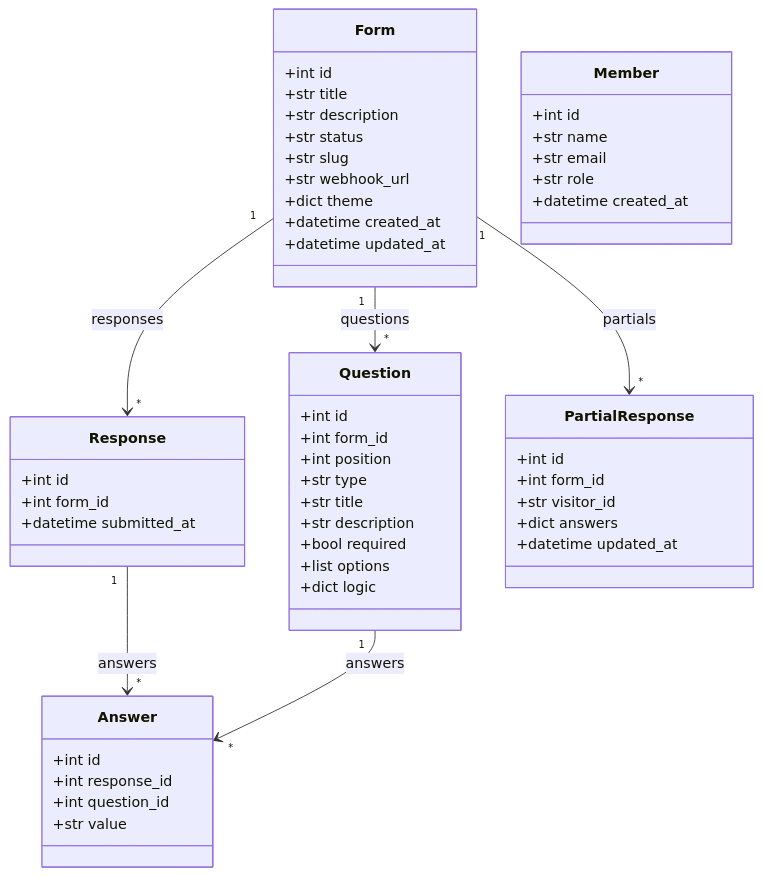
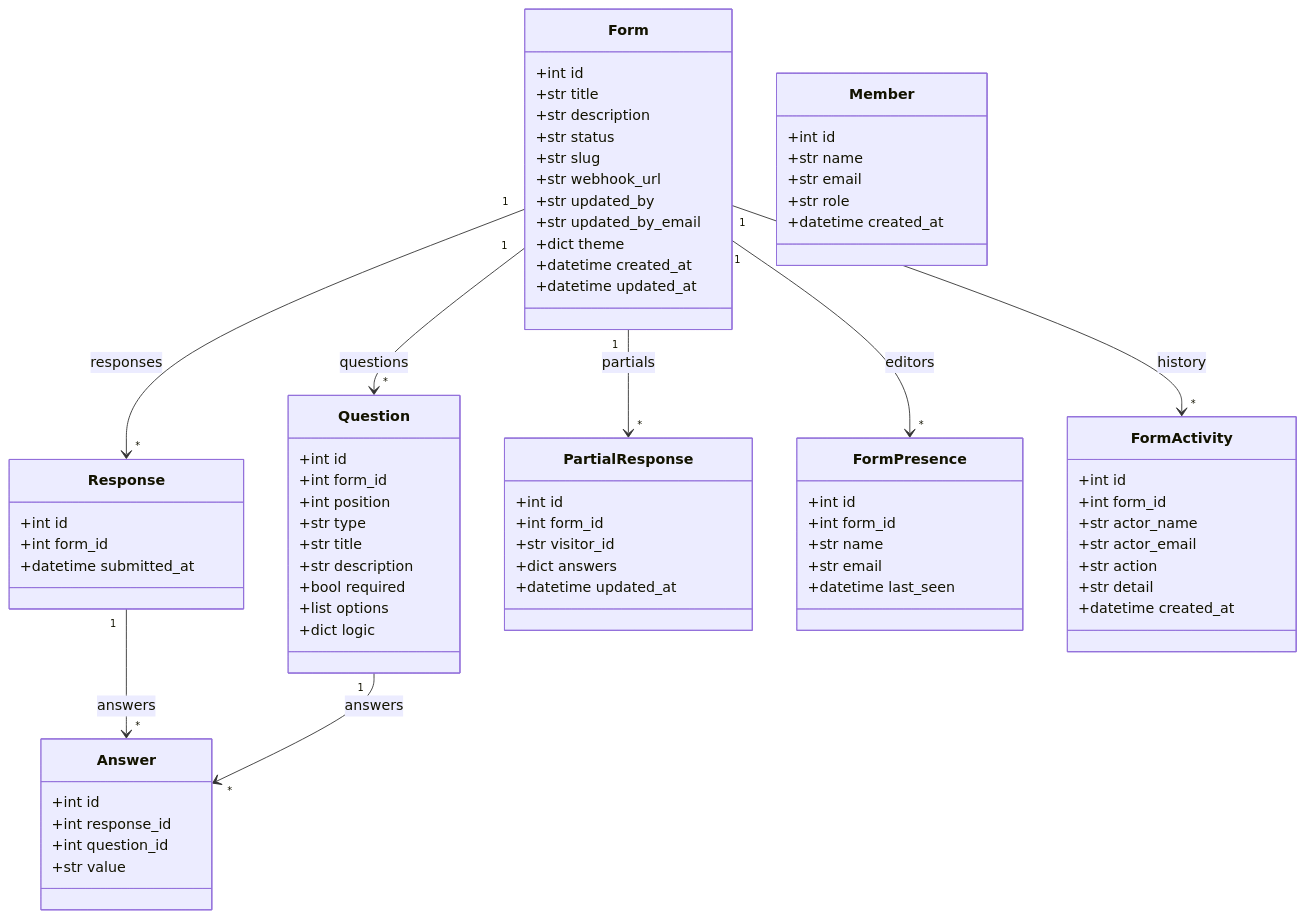
Before and after one commit to ruthwikkakumani/formly: the first of 3 diagrams in docs/diagrams/class-uml.md, drawn with Mermaid. The commit also changed other lines of this file and 11 other files, not shown here.

First line of the commit message:
docs: sync LLD and UML with live presence and activity history

````diff
--- a/docs/diagrams/class-uml.md
+++ b/docs/diagrams/class-uml.md
@@ -5,55 +5,75 @@
 ```mermaid
 classDiagram
   class Form {
     +int id
     +str title
     +str description
     +str status
     +str slug
     +str webhook_url
+    +str updated_by
+    +str updated_by_email
     +dict theme
     +datetime created_at
     +datetime updated_at
   }
   class Question {
     +int id
     +int form_id
     +int position
     +str type
     +str title
     +str description
     +bool required
     +list options
     +dict logic
   }
   class Response {
     +int id
     +int form_id
     +datetime submitted_at
   }
   class Answer {
     +int id
     +int response_id
     +int question_id
     +str value
   }
   class PartialResponse {
     +int id
     +int form_id
     +str visitor_id
     +dict answers
     +datetime updated_at
   }
   class Member {
     +int id
     +str name
     +str email
     +str role
     +datetime created_at
   }
+  class FormPresence {
+    +int id
+    +int form_id
+    +str name
+    +str email
+    +datetime last_seen
+  }
+  class FormActivity {
+    +int id
+    +int form_id
+    +str actor_name
+    +str actor_email
+    +str action
+    +str detail
+    +datetime created_at
+  }
   Form "1" --> "*" Question : questions
   Form "1" --> "*" Response : responses
   Form "1" --> "*" PartialResponse : partials
+  Form "1" --> "*" FormPresence : editors
+  Form "1" --> "*" FormActivity : history
   Response "1" --> "*" Answer : answers
   Question "1" --> "*" Answer : answers
 ```
````
